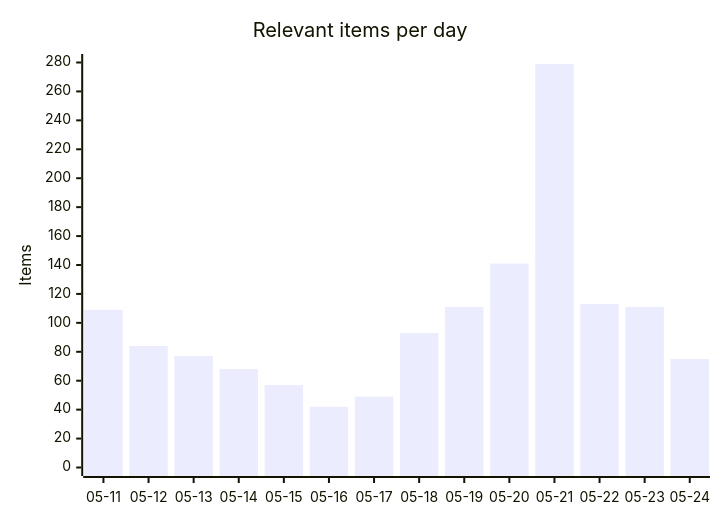
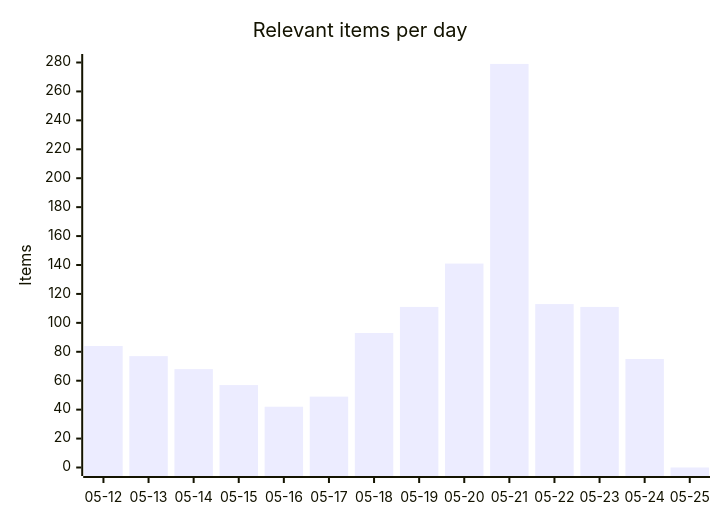
Before and after one commit to martinbalfanz/social-scanner-reports: the first of 4 diagrams in README.md, drawn with Mermaid. The commit also changed other lines of this file and 4 other files, not shown here.

````diff
--- a/README.md
+++ b/README.md
@@ -30,7 +30,7 @@
 ```mermaid
 xychart-beta
     title "Relevant items per day"
-    x-axis ["05-11", "05-12", "05-13", "05-14", "05-15", "05-16", "05-17", "05-18", "05-19", "05-20", "05-21", "05-22", "05-23", "05-24"]
+    x-axis ["05-12", "05-13", "05-14", "05-15", "05-16", "05-17", "05-18", "05-19", "05-20", "05-21", "05-22", "05-23", "05-24", "05-25"]
     y-axis "Items" 0 --> 280
-    bar [109, 84, 77, 68, 57, 42, 49, 93, 111, 141, 279, 113, 111, 75]
+    bar [84, 77, 68, 57, 42, 49, 93, 111, 141, 279, 113, 111, 75, 0]
 ```
````
